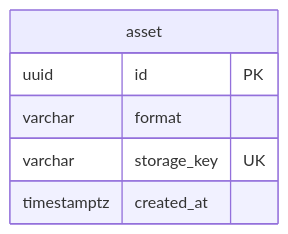
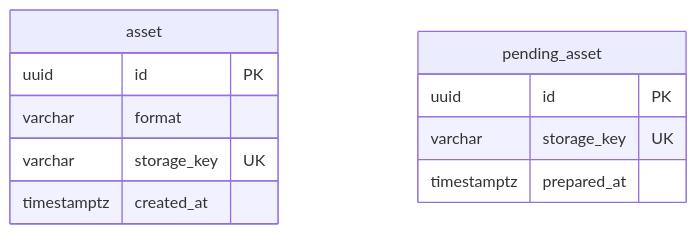
The diagram in docs/03-機能仕様/media.md (roger88106/ec-site), drawn with Mermaid before and after one commit. The commit also changed other lines of this file and 3 other files, not shown here.

````diff
--- a/docs/03-機能仕様/media.md
+++ b/docs/03-機能仕様/media.md
@@ -63,9 +79,14 @@
 ```mermaid
 erDiagram
     asset {
         uuid id PK
         varchar format
         varchar storage_key UK
         timestamptz created_at
     }
+    pending_asset {
+        uuid id PK
+        varchar storage_key UK
+        timestamptz prepared_at
+    }
 ```
````
